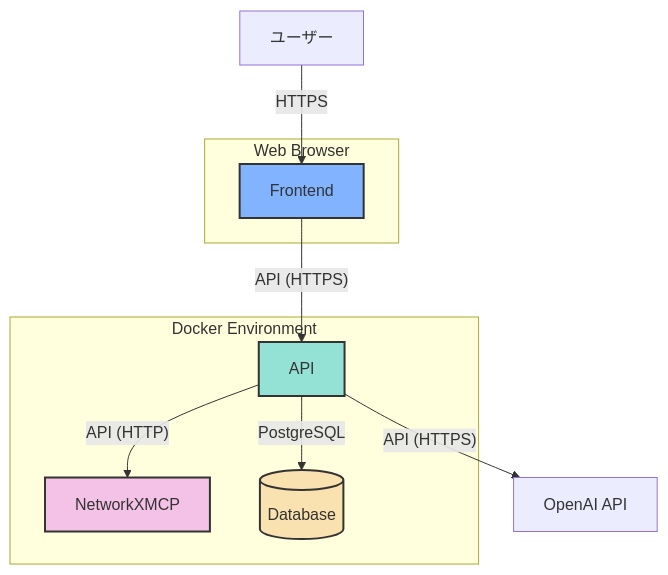
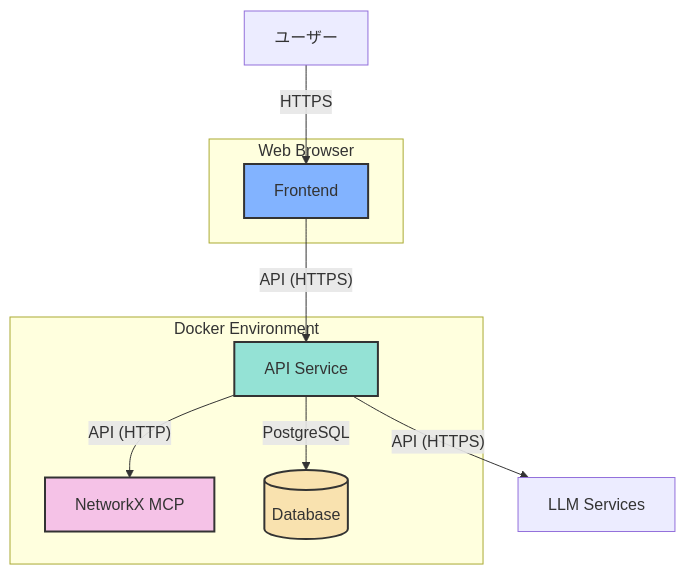
The second of 5 diagrams in specification/architecture.md (vdslab/LLMGraphvis), drawn with Mermaid before and after one commit. The commit also changed other lines of this file and 4 other files, not shown here.

````diff
--- a/specification/architecture.md
+++ b/specification/architecture.md
@@ -32,23 +32,23 @@
 ```mermaid
 graph TD
     subgraph "Web Browser"
         F[Frontend]
     end
 
     subgraph "Docker Environment"
-        B[API]
-        N[NetworkXMCP]
+        B[API Service]
+        N[NetworkX MCP]
         DB[(Database)]
     end
 
     U[ユーザー] -- "HTTPS" --> F
     F -- "API (HTTPS)" --> B
     B -- "API (HTTP)" --> N
     B -- "PostgreSQL" --> DB
-    B -- "API (HTTPS)" --> OAI[OpenAI API]
+    B -- "API (HTTPS)" --> LLM[LLM Services]
 
     style F fill:#82b3ff,stroke:#333,stroke-width:2px
     style B fill:#94e2d5,stroke:#333,stroke-width:2px
     style N fill:#f5c2e7,stroke:#333,stroke-width:2px
     style DB fill:#f9e2af,stroke:#333,stroke-width:2px
 ```
````
